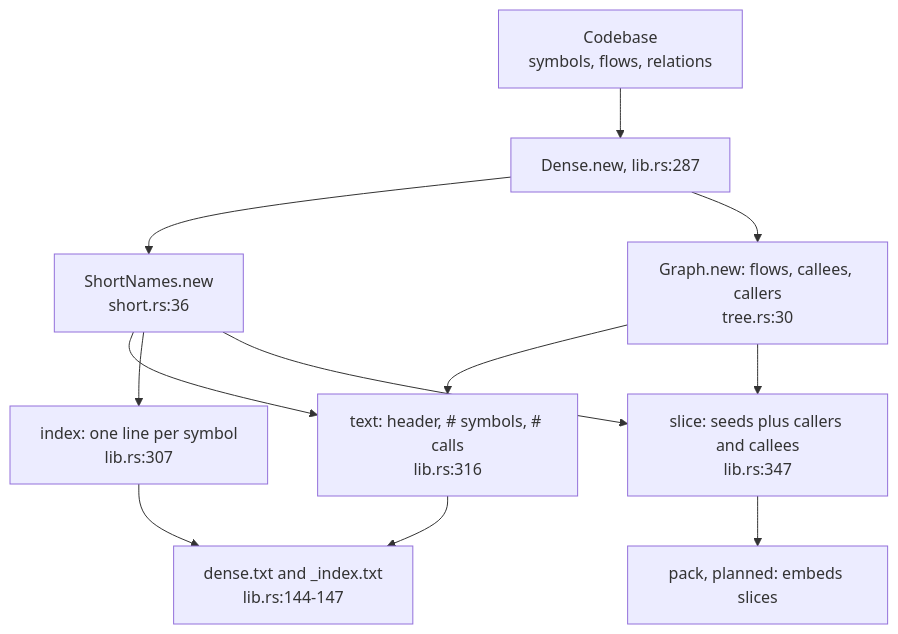
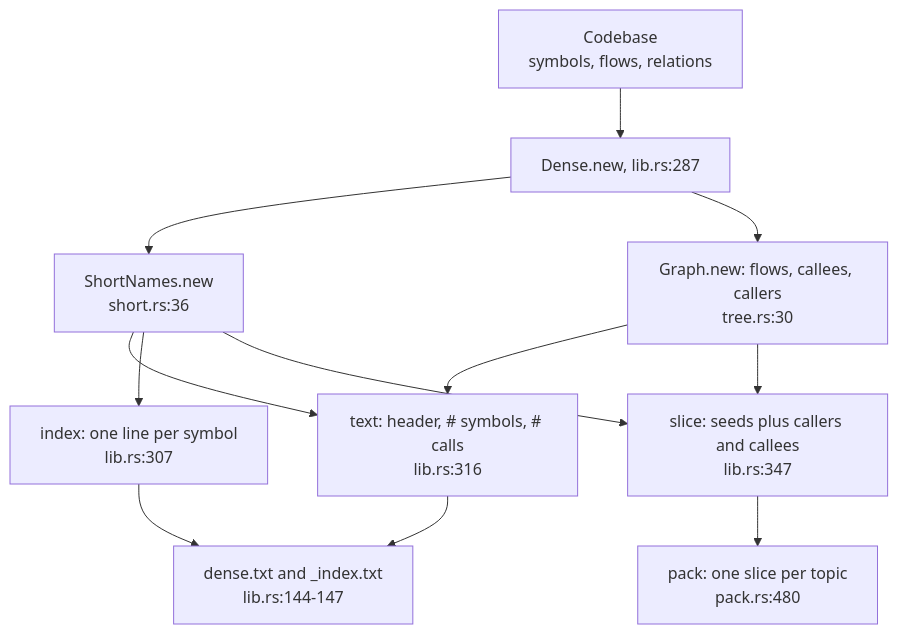
One commit to DreamLab-AI/codemaid changed the first of 6 diagrams in docs/diagrams/dense/01-the-dense-agent-projection.md. Above: the diagram before and after it, drawn with Mermaid. The commit also changed other lines of this file and 23 other files, not shown here.

````diff
--- a/docs/diagrams/dense/01-the-dense-agent-projection.md
+++ b/docs/diagrams/dense/01-the-dense-agent-projection.md
@@ -80,23 +83,23 @@
 ```mermaid
 flowchart TB
     CB["Codebase<br/>symbols, flows, relations"]
     NEW["Dense.new, lib.rs:287"]
     SN["ShortNames.new<br/>short.rs:36"]
     GR["Graph.new: flows, callees, callers<br/>tree.rs:30"]
     TX["text: header, # symbols, # calls<br/>lib.rs:316"]
     IX["index: one line per symbol<br/>lib.rs:307"]
     SL["slice: seeds plus callers and callees<br/>lib.rs:347"]
     OUT["dense.txt and _index.txt<br/>lib.rs:144-147"]
-    PK["pack, planned: embeds slices"]
+    PK["pack: one slice per topic<br/>pack.rs:480"]
     CB --> NEW
     NEW --> SN
     NEW --> GR
     SN --> TX
     GR --> TX
     SN --> IX
     TX --> OUT
     IX --> OUT
     GR --> SL
     SN --> SL
     SL --> PK
 ```
````
